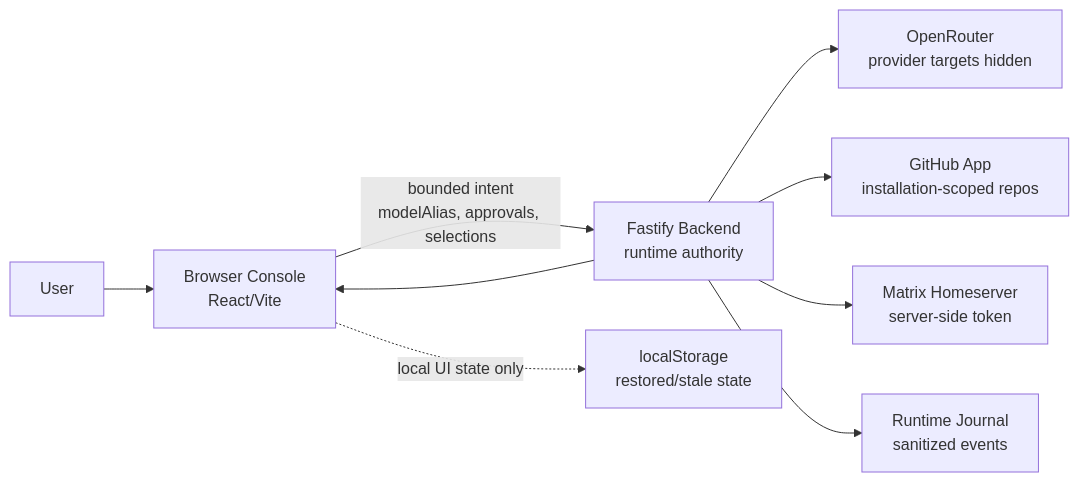
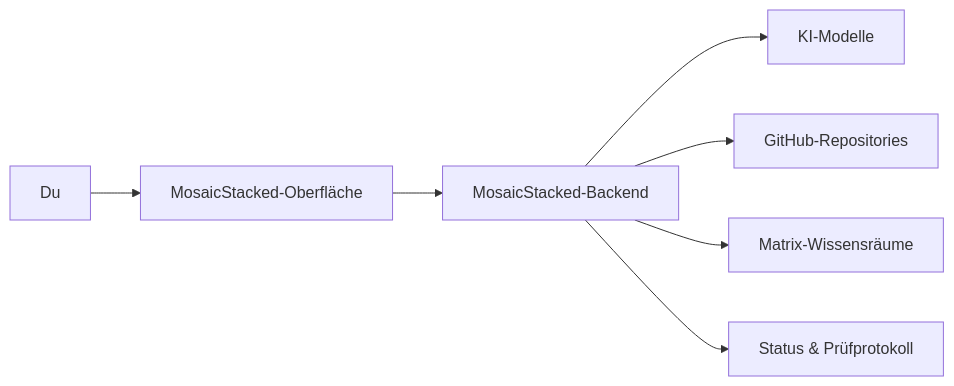
The diagram in README.md (baum777/mosaicStacked), drawn with Mermaid before and after one commit. The commit also changed other lines of this file, not shown here.

````diff
--- a/README.md
+++ b/README.md
@@ -24,12 +27,9 @@
-```mermaid
+~~~mermaid
 flowchart LR
-  User["User"] --> Browser["Browser Console\nReact/Vite"]
-  Browser -->|"bounded intent\nmodelAlias, approvals, selections"| Backend["Fastify Backend\nruntime authority"]
-  Backend --> Models["OpenRouter\nprovider targets hidden"]
-  Backend --> GitHub["GitHub App\ninstallation-scoped repos"]
-  Backend --> Matrix["Matrix Homeserver\nserver-side token"]
-  Backend --> Journal["Runtime Journal\nsanitized events"]
-  Backend --> Browser
-
-  Browser -. "local UI state only" .-> LocalStorage["localStorage\nrestored/stale state"]
-```
+    M["Du"] --> B["MosaicStacked-Oberfläche"]
+    B --> S["MosaicStacked-Backend"]
+    S --> K["KI-Modelle"]
+    S --> G["GitHub-Repositories"]
+    S --> X["Matrix-Wissensräume"]
+    S --> P["Status & Prüfprotokoll"]
+~~~
````
